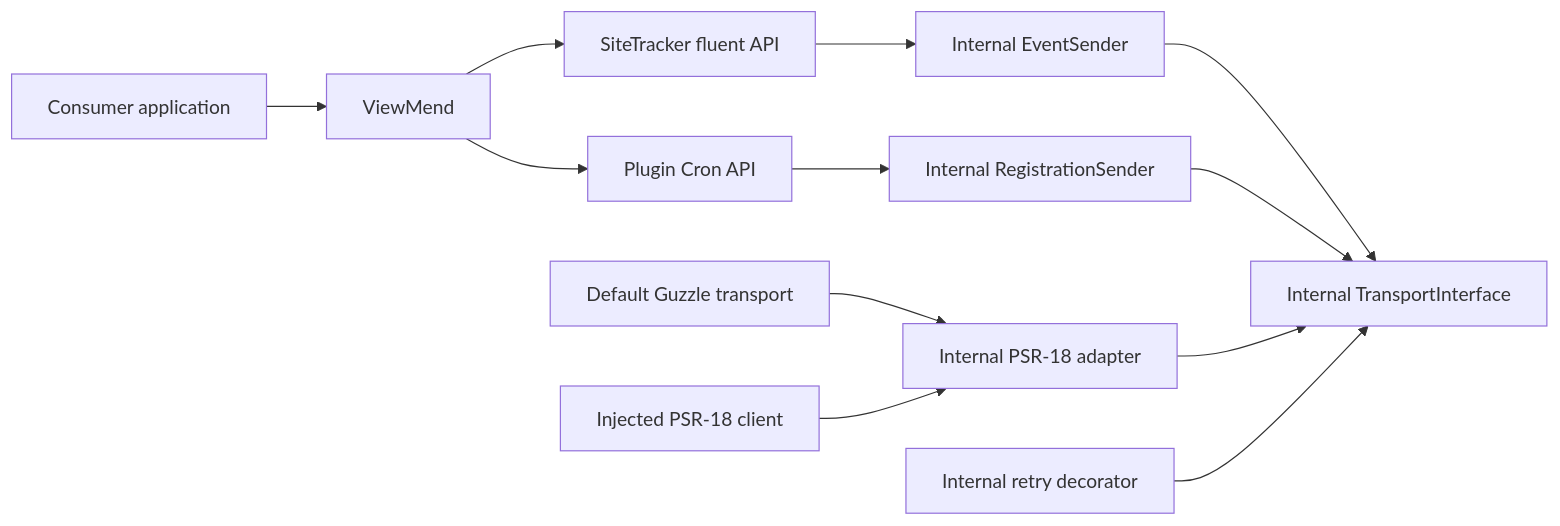
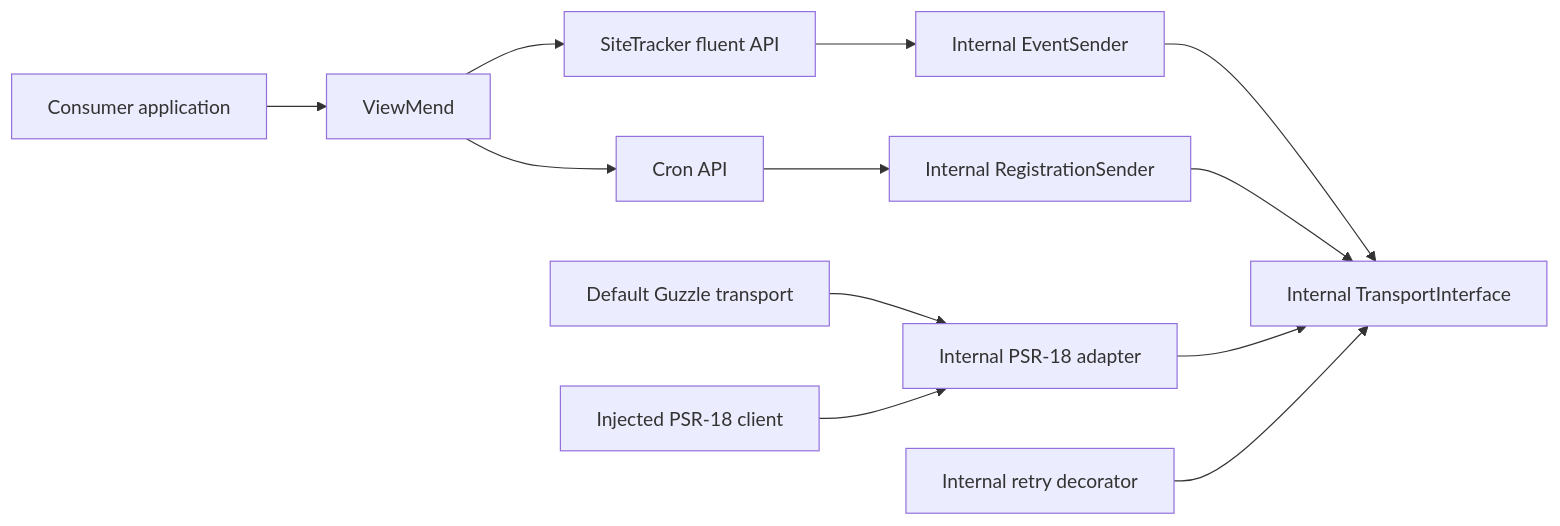
One commit to phpner/viewmend-php changed the diagram in docs/architecture.md. Above: the diagram before and after it, drawn with Mermaid. The commit also changed other lines of this file and 14 other files, not shown here.

````diff
--- a/docs/architecture.md
+++ b/docs/architecture.md
@@ -38,14 +38,14 @@
 ```mermaid
 flowchart LR
     App["Consumer application"] --> Entry["ViewMend"]
     Entry --> Tracker["SiteTracker fluent API"]
-    Entry --> Cron["Plugin Cron API"]
+    Entry --> Cron["Cron API"]
     Tracker --> Sender["Internal EventSender"]
     Cron --> Registration["Internal RegistrationSender"]
     Sender --> Contract["Internal TransportInterface"]
     Registration --> Contract
     Guzzle["Default Guzzle transport"] --> Adapter["Internal PSR-18 adapter"]
     Custom["Injected PSR-18 client"] --> Adapter
     Adapter --> Contract
     Retry["Internal retry decorator"] --> Contract
 ```
````
